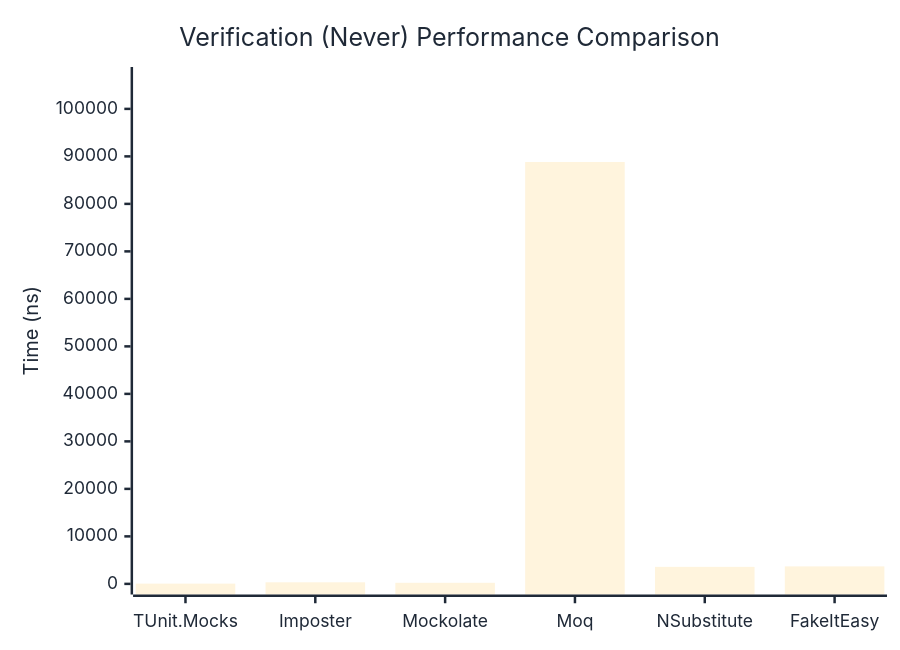
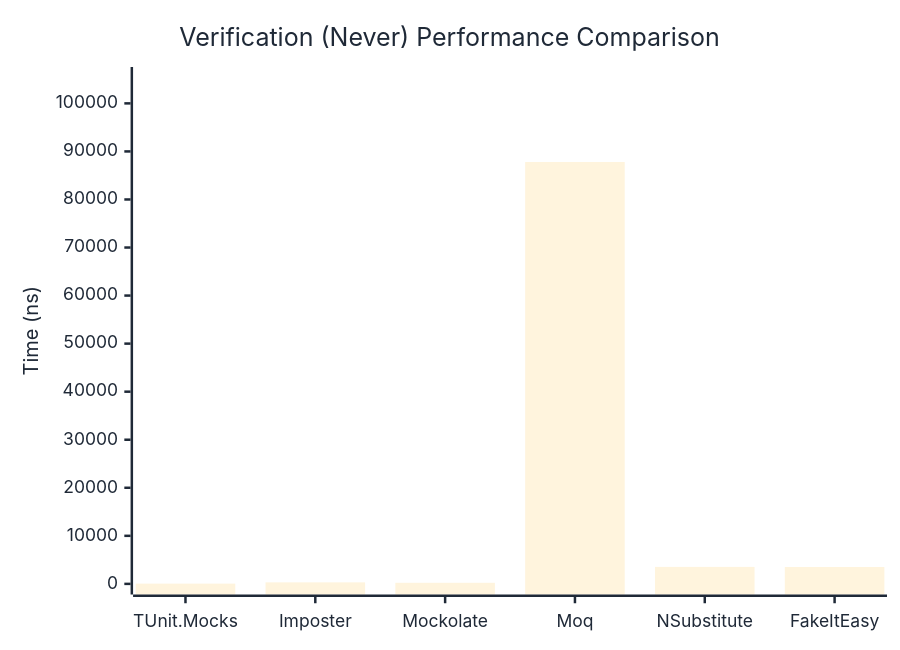
The second of 3 diagrams in docs/docs/benchmarks/mocks/Verification.md (thomhurst/TUnit), drawn with Mermaid before and after one commit. The commit also changed other lines of this file and 14 other files, not shown here.

````diff
--- a/docs/docs/benchmarks/mocks/Verification.md
+++ b/docs/docs/benchmarks/mocks/Verification.md
@@ -71,27 +71,27 @@
 ```mermaid
 %%{init: {
   'theme':'base',
   'themeVariables': {
     'primaryColor': '#2563eb',
     'primaryTextColor': '#1f2937',
     'primaryBorderColor': '#1e40af',
     'lineColor': '#6b7280',
     'secondaryColor': '#7c3aed',
     'tertiaryColor': '#dc2626',
     'background': '#ffffff',
     'pie1': '#2563eb',
     'pie2': '#7c3aed',
     'pie3': '#dc2626',
     'pie4': '#f59e0b',
     'pie5': '#10b981',
     'pie6': '#06b6d4',
     'pie7': '#ec4899',
     'pie8': '#6366f1'
   }
 }}%%
 xychart-beta
   title "Verification (Never) Performance Comparison"
   x-axis ["TUnit.Mocks", "Imposter", "Mockolate", "Moq", "NSubstitute", "FakeItEasy"]
-  y-axis "Time (ns)" 0 --> 106580
-  bar [52.65, 333.14, 230.34, 88816.24, 3582.35, 3683.45]
+  y-axis "Time (ns)" 0 --> 105359
+  bar [51.36, 317.85, 227.77, 87798.66, 3531.71, 3505.37]
 ```
````
